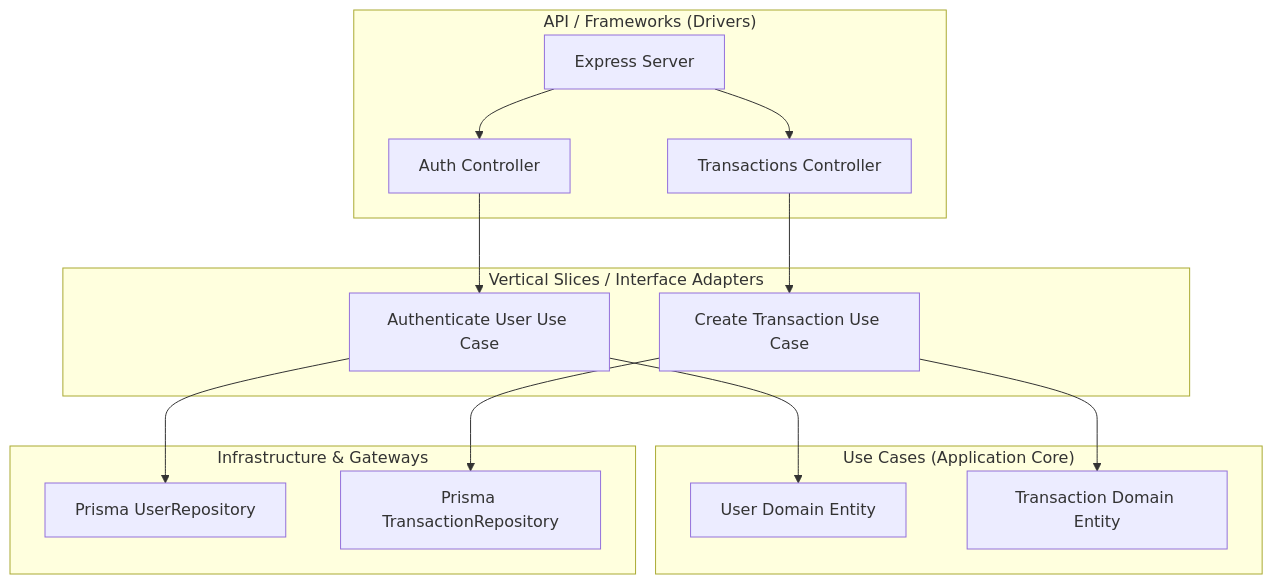
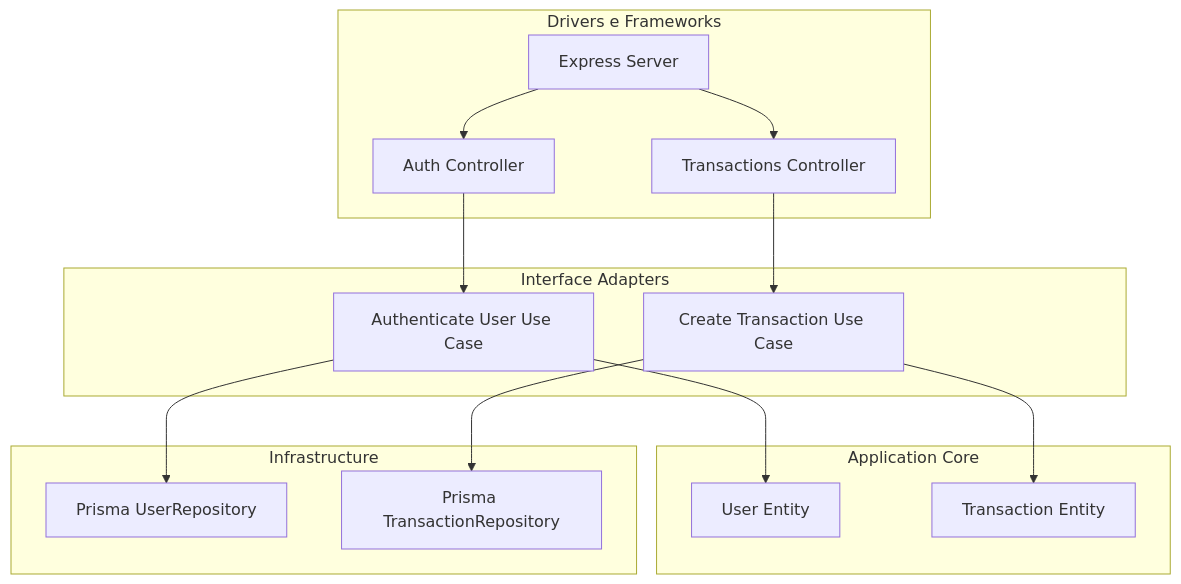
The first of 2 diagrams in tde2_relatorio_clean_architecture.md (ViictorGRibeiro/Argos), drawn with Mermaid before and after one commit. The commit also changed other lines of this file, not shown here.

Commit message:
fix: simplify mermaid syntax and restore class diagram for GitHub compatibility

````diff
--- a/tde2_relatorio_clean_architecture.md
+++ b/tde2_relatorio_clean_architecture.md
@@ -36,22 +36,22 @@
 ```mermaid
 graph TD
-    subgraph Drivers ["API / Frameworks (Drivers)"]
+    subgraph Drivers[Drivers e Frameworks]
         Server[Express Server] --> AuthCtrl[Auth Controller]
         Server --> TxCtrl[Transactions Controller]
     end
 
-    subgraph Adapters ["Vertical Slices / Interface Adapters"]
+    subgraph Adapters[Interface Adapters]
         AuthCtrl --> AuthUC[Authenticate User Use Case]
         TxCtrl --> CreateTxUC[Create Transaction Use Case]
     end
 
-    subgraph Core ["Use Cases (Application Core)"]
-        AuthUC --> UserEntity[User Domain Entity]
-        CreateTxUC --> TxEntity[Transaction Domain Entity]
+    subgraph Core[Application Core]
+        AuthUC --> UserEntity[User Entity]
+        CreateTxUC --> TxEntity[Transaction Entity]
     end
 
-    subgraph Infra ["Infrastructure & Gateways"]
+    subgraph Infra[Infrastructure]
         AuthUC --> UserRepo[Prisma UserRepository]
         CreateTxUC --> TxRepo[Prisma TransactionRepository]
     end
 ```
````
